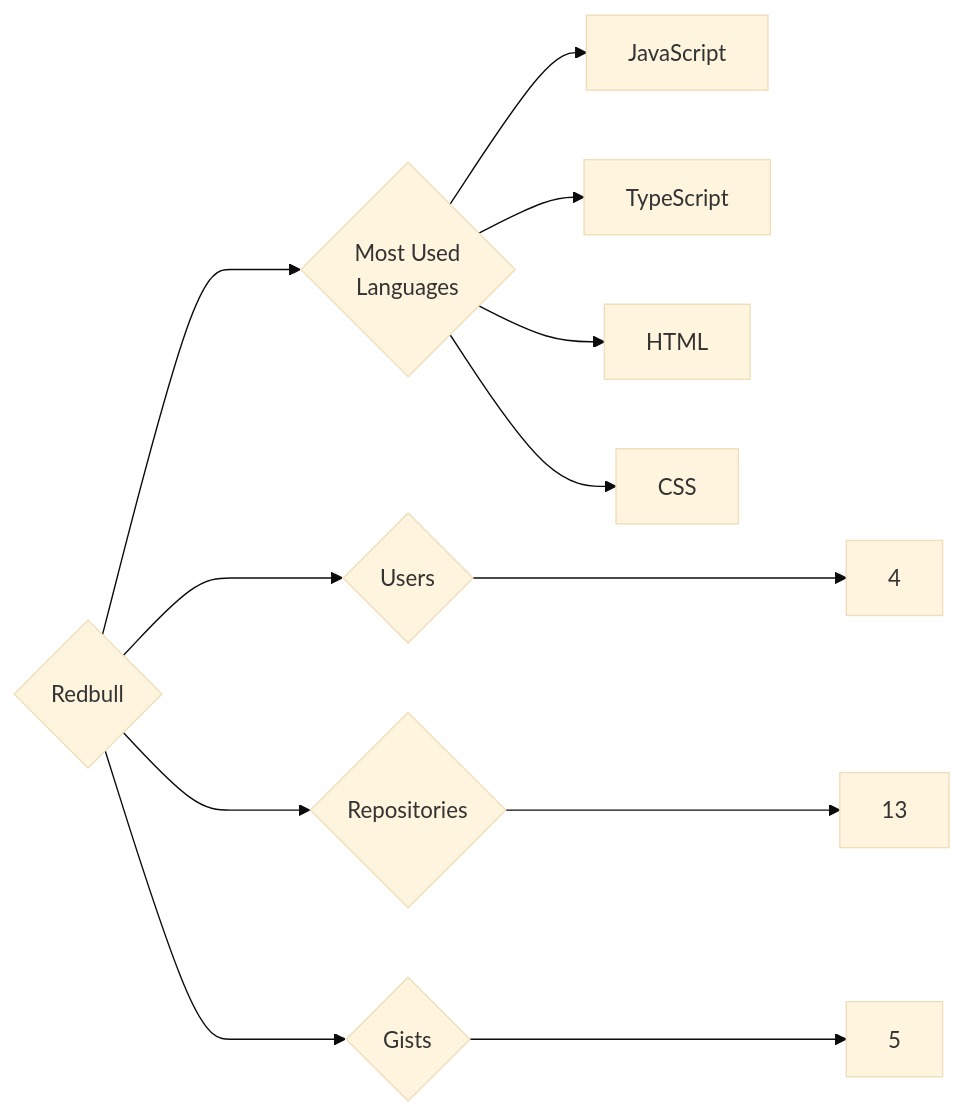
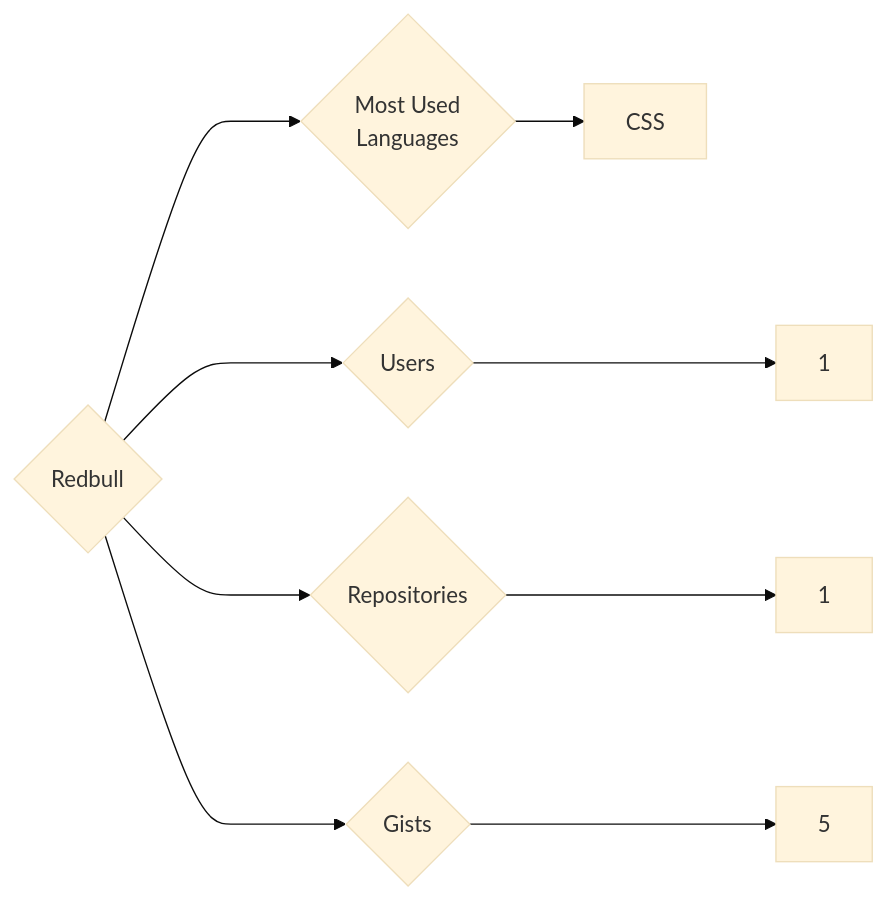
The diagram in targets/Redbull/README.md (trickest/insiders), drawn with Mermaid (base theme) before and after one commit. The commit also changed 920 other files, not shown here.

````diff
--- a/targets/Redbull/README.md
+++ b/targets/Redbull/README.md
@@ -3,12 +3,9 @@
 ```mermaid
 graph LR
 COMPANY_NAME{Redbull}
-COMPANY_NAME ---> U{Users} ---> UN[4]
-COMPANY_NAME ---> R{Repositories} ---> RN[13]
+COMPANY_NAME ---> U{Users} ---> UN[1]
+COMPANY_NAME ---> R{Repositories} ---> RN[1]
 COMPANY_NAME ---> G{Gists} ---> GN[5]
 COMPANY_NAME ---> ML{Most Used<br>Languages}
-ML --> JavaScript[JavaScript]
-ML --> TypeScript[TypeScript]
-ML --> HTML[HTML]
 ML --> CSS[CSS]
 ```
````
